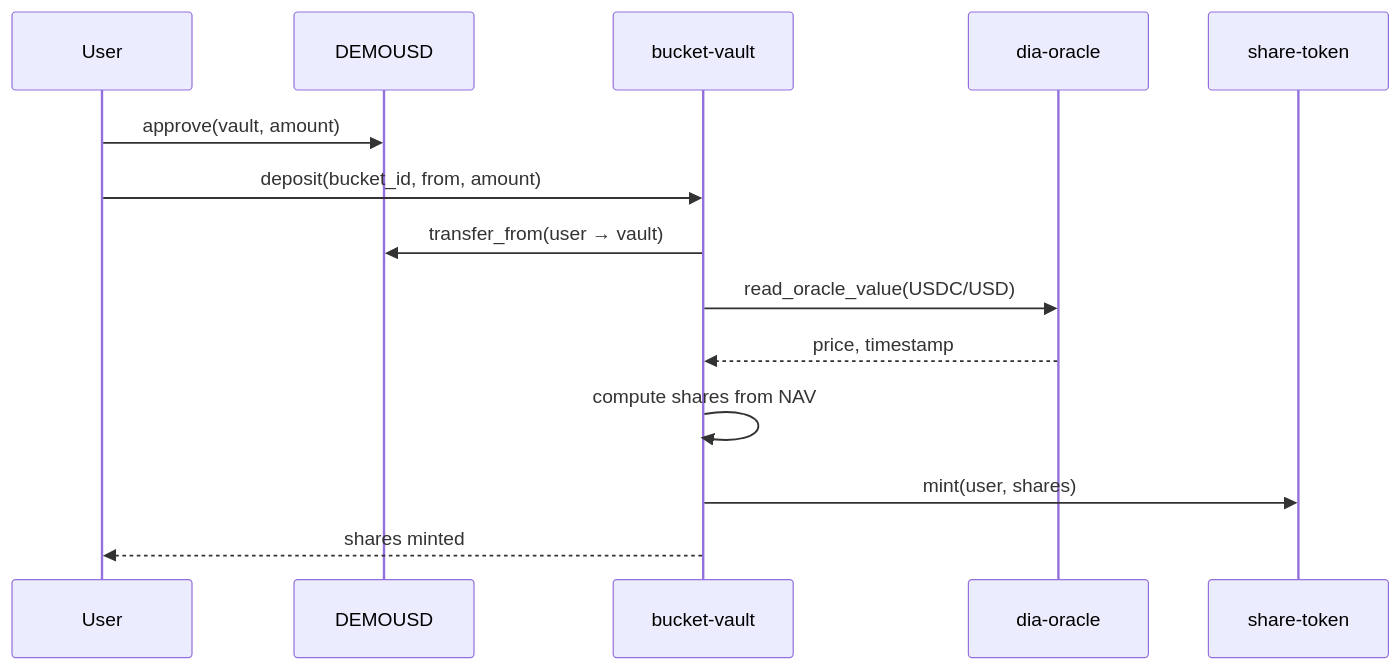
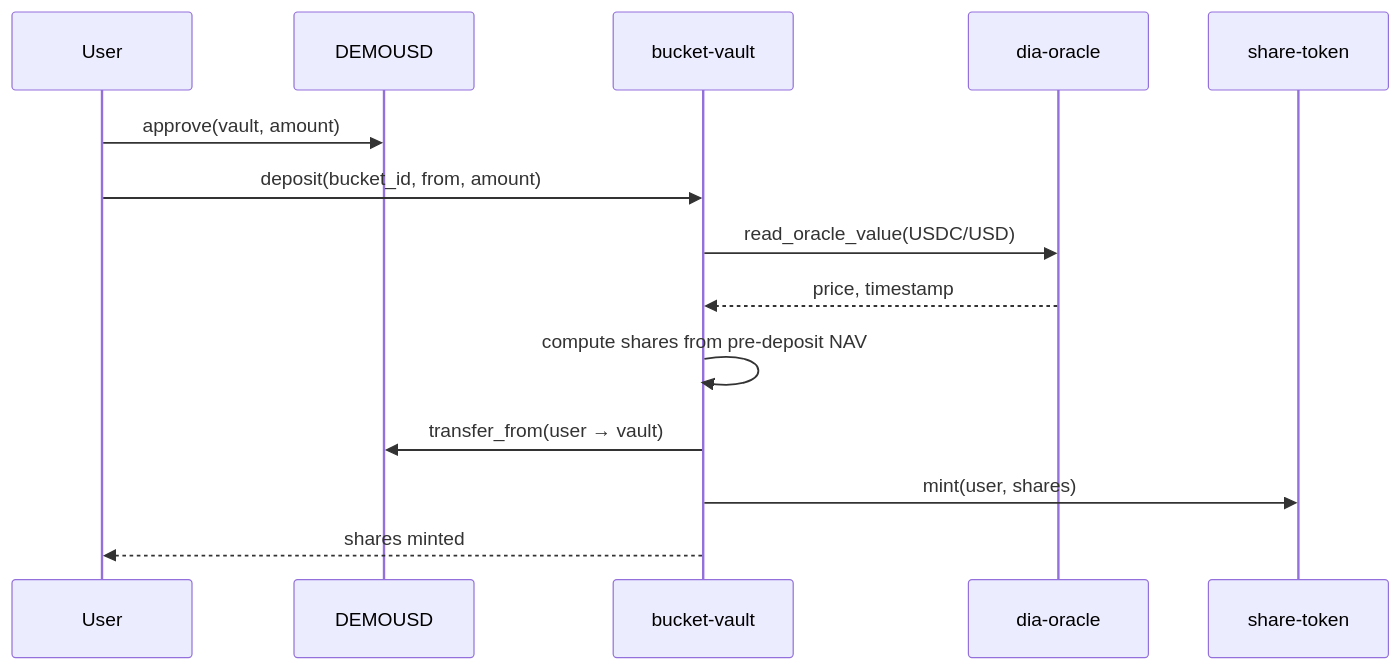
Before and after one commit to Kali-Decoder/stellar-crates-tinder: the third of 3 diagrams in investmade.fun-main/docs/CONTRACTS.md, drawn with Mermaid. The commit also changed other lines of this file and 5 other files, not shown here.

````diff
--- a/investmade.fun-main/docs/CONTRACTS.md
+++ b/investmade.fun-main/docs/CONTRACTS.md
@@ -116,17 +120,17 @@
 ```mermaid
 sequenceDiagram
   participant U as User
   participant USDC as DEMOUSD
   participant V as bucket-vault
   participant O as dia-oracle
   participant S as share-token
 
   U->>USDC: approve(vault, amount)
   U->>V: deposit(bucket_id, from, amount)
-  V->>USDC: transfer_from(user → vault)
   V->>O: read_oracle_value(USDC/USD)
   O-->>V: price, timestamp
-  V->>V: compute shares from NAV
+  V->>V: compute shares from pre-deposit NAV
+  V->>USDC: transfer_from(user → vault)
   V->>S: mint(user, shares)
   V-->>U: shares minted
 ```
````
